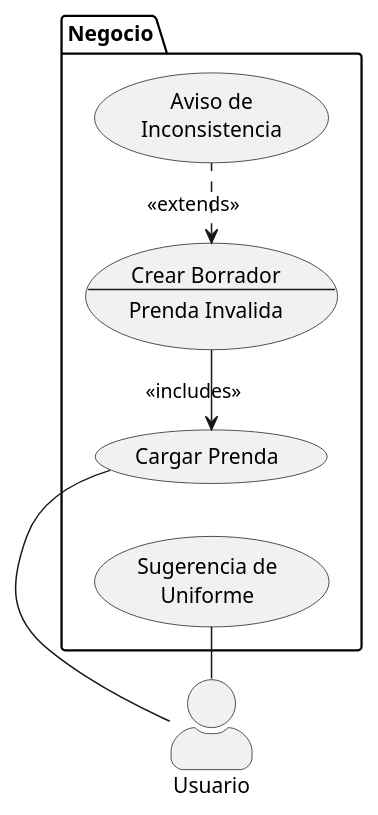
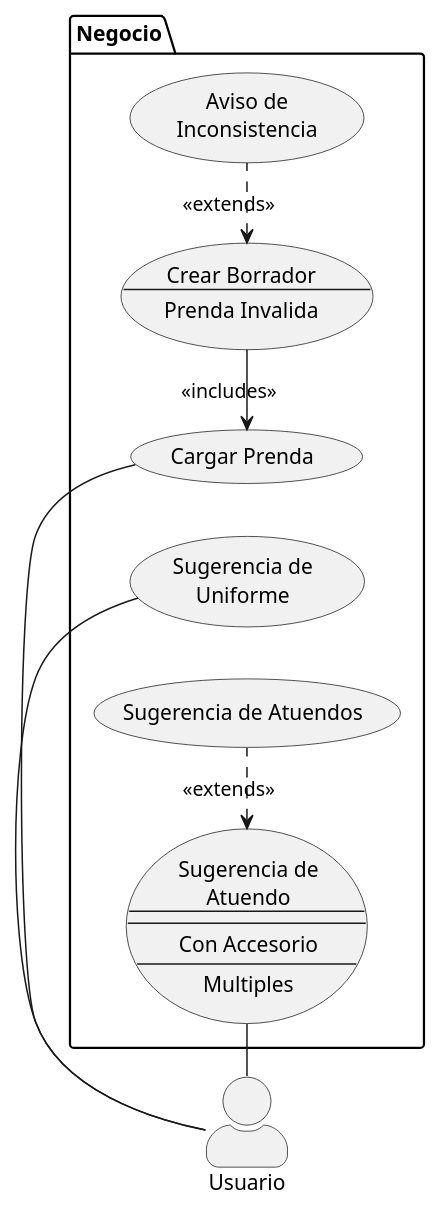
Before and after one commit to JulianBuffoni/QMP: the diagram in Diagrama.puml, drawn with PlantUML. The commit also changed 1 other file, not shown here.

```diff
--- a/Diagrama.puml
+++ b/Diagrama.puml
@@ -1,25 +1,34 @@
 @startuml
 /'
 DOCUMENTACIÓN: https://plantuml.com/use-case-diagram
 NOTA: GITHUB no renderiza este tipo de diagramas, sacar screenshot
 '/
 
 
 skinparam actorStyle awesome
 "Usuario" as U
 
 package "Negocio" {
 left to right direction
 usecase UC2 as (Cargar Prenda)
 usecase UC3 as "Crear Borrador
 ---
 Prenda Invalida"
 usecase UC4 as "Sugerencia de\nUniforme"
+usecase UC5 as "Sugerencia de\nAtuendo
+---
+---
+Con Accesorio
+---
+Multiples
+"
 U - UC2
 UC2 <- UC3 : <<includes>>
 UC3 <.(Aviso de\nInconsistencia) :<<extends>>
 U - UC4
+U - UC5
+UC5 <. (Sugerencia de Atuendos):<<extends>>
 
 
 }
 @enduml
```
